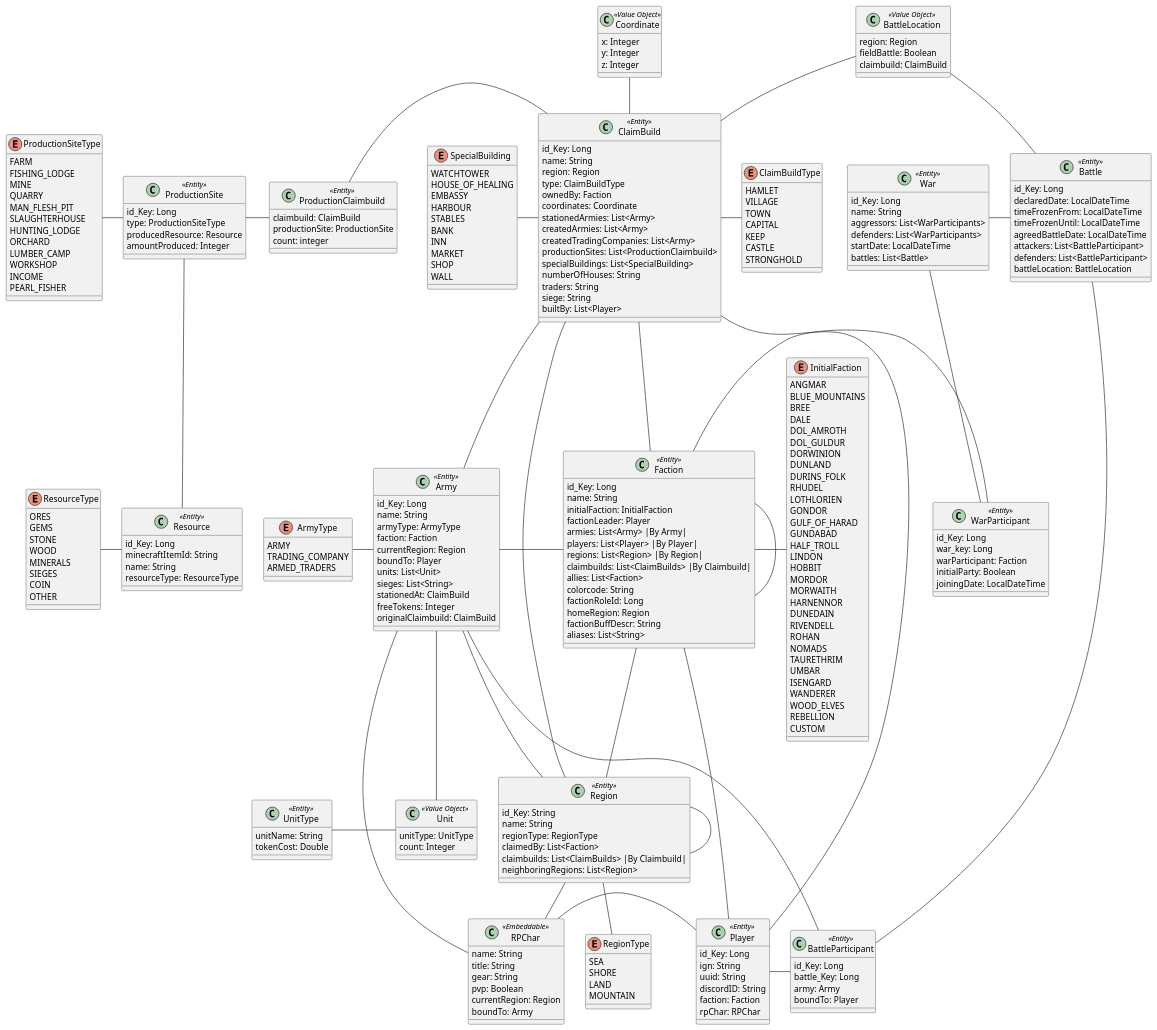
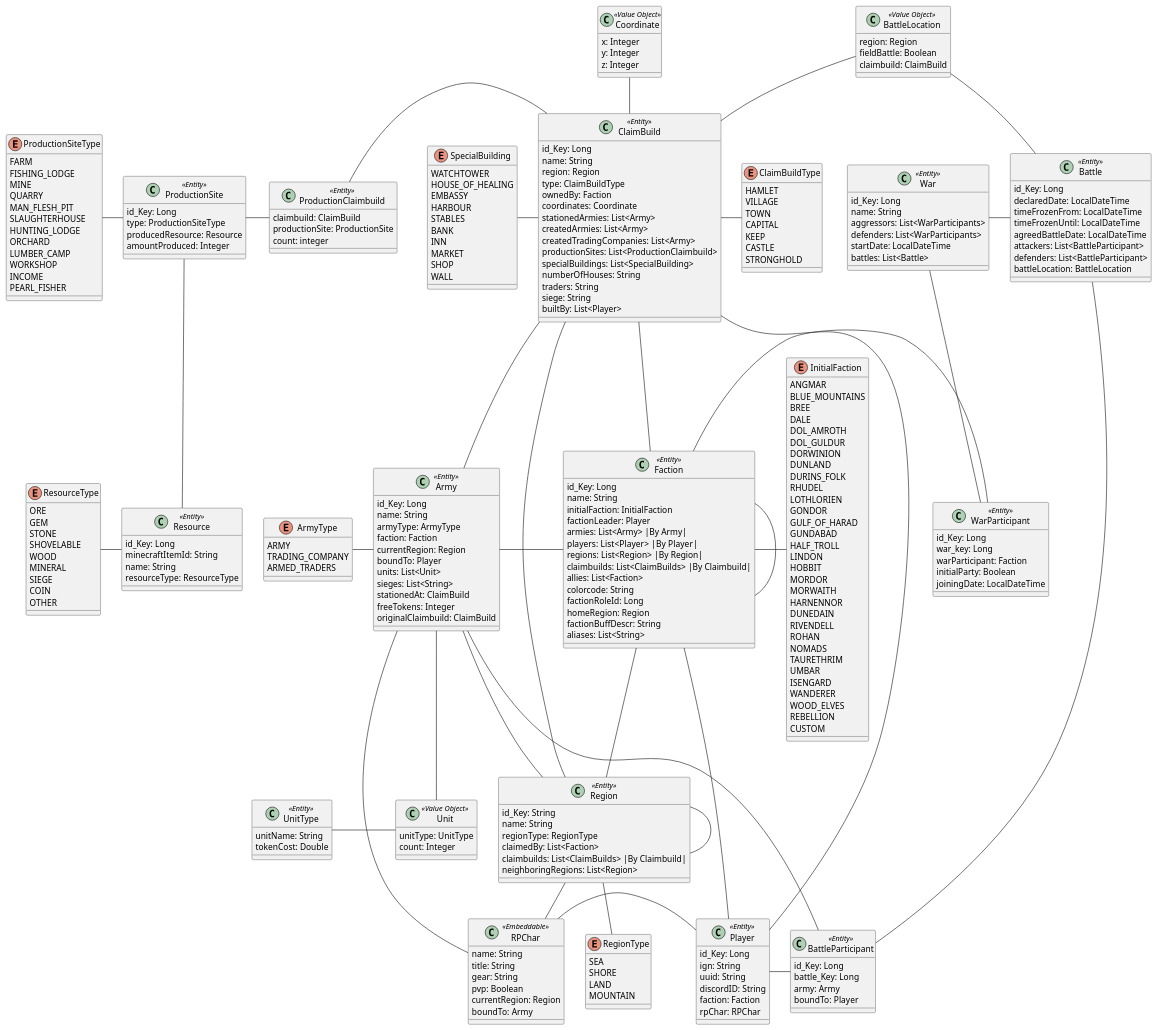
One commit to Team-KekX/Ardas-Legends-App changed the diagram in src/main/puml/ArdasLegendsDomain.puml. Above: the diagram before and after it, drawn with PlantUML. The commit also changed 2 other files, not shown here.

```diff
--- a/src/main/puml/ArdasLegendsDomain.puml
+++ b/src/main/puml/ArdasLegendsDomain.puml
@@ -176,12 +176,13 @@
 }
 
 enum ResourceType {
-    ORES
-    GEMS
+    ORE
+    GEM
     STONE
+    SHOVELABLE
     WOOD
-    MINERALS
-    SIEGES
+    MINERAL
+    SIEGE
     COIN
     OTHER
 }
```
